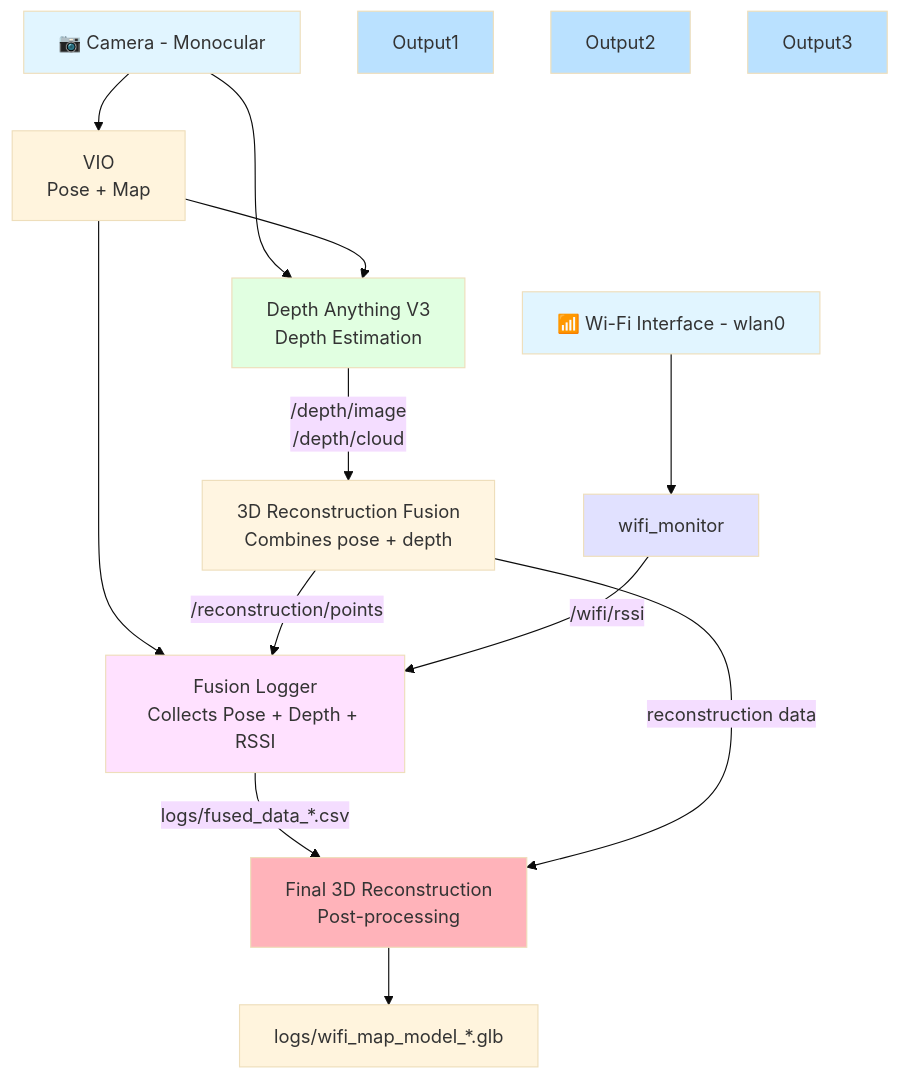
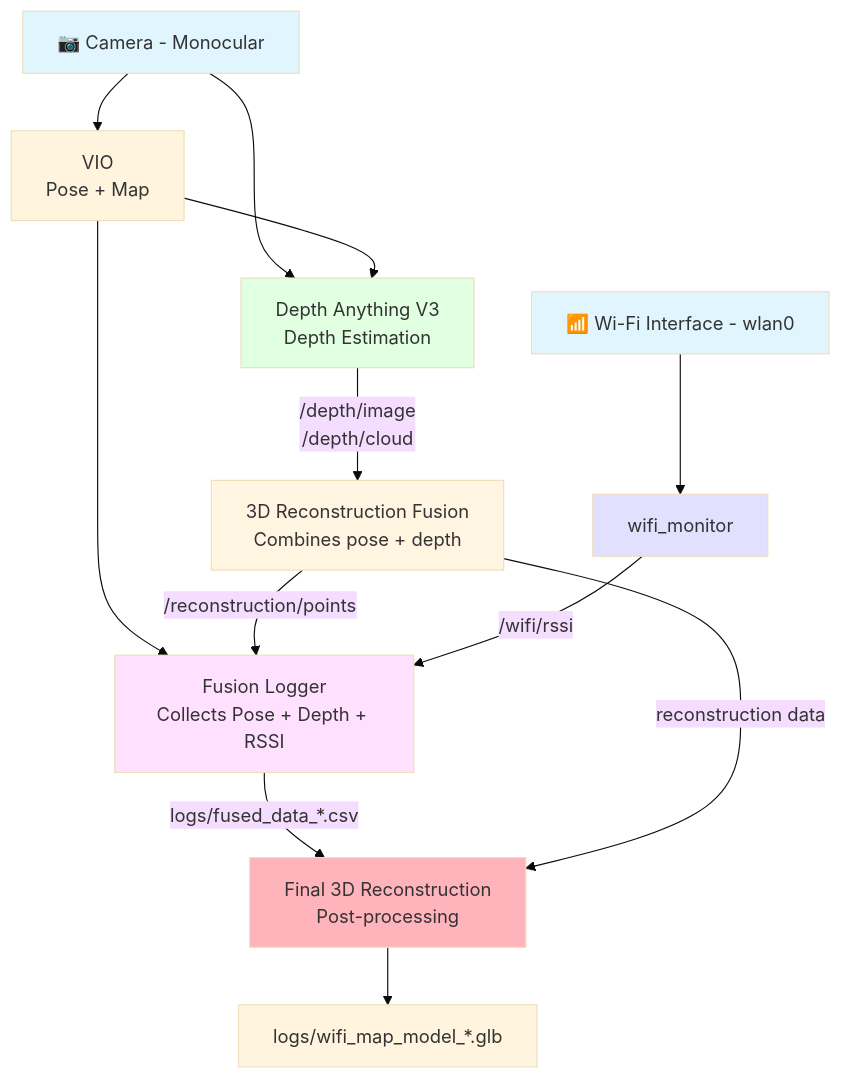
The first of 6 diagrams in README.md (Shluo03/AirSniff), drawn with Mermaid (base theme) before and after one commit.

````diff
--- a/README.md
+++ b/README.md
@@ -5,34 +5,32 @@
 ```mermaid
 flowchart TD
     Camera[📷 Camera - Monocular] --> VIO[VIO<br/>Pose + Map]
     Camera --> Depth[Depth Anything V3<br/>Depth Estimation]
     
     VIO -->| | Depth
     VIO -->| | Logger[Fusion Logger<br/>Collects Pose + Depth + RSSI]
     
     Depth -->|/depth/image<br/>/depth/cloud| Recon[3D Reconstruction Fusion<br/>Combines pose + depth]
     
     Recon -->|/reconstruction/points| Logger
     
     WiFi[📶 Wi-Fi Interface - wlan0] --> Monitor[wifi_monitor]
     Monitor -->|/wifi/rssi| Logger
     
     Logger -->|logs/fused_data_*.csv| Final[Final 3D Reconstruction<br/>Post-processing]
     Recon -->|reconstruction data| Final
     
    
     Final --> Output[logs/wifi_map_model_*.glb]
    
     
     style Camera fill:#e1f5ff
     
     style Depth fill:#e1ffe1
     style Recon fill:#fff5e1
     style WiFi fill:#e1f5ff
     style Monitor fill:#e1e1ff
     style Logger fill:#ffe1ff
     style Final fill:#ffb3ba
-    style Output1 fill:#bae1ff
-    style Output2 fill:#bae1ff
-    style Output3 fill:#bae1ff
+   
 ```
````
